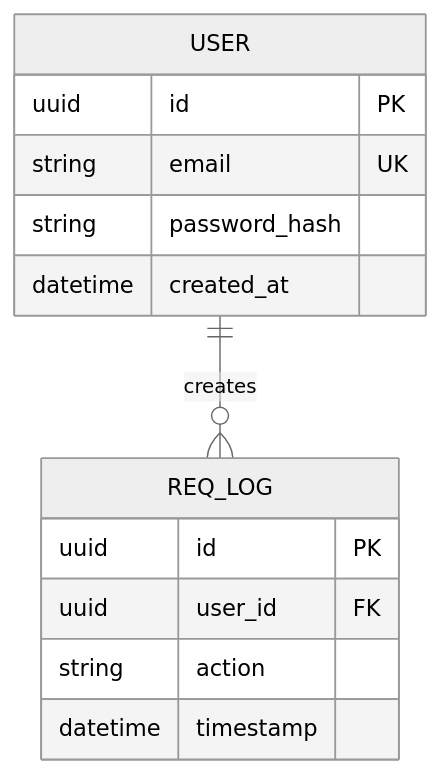
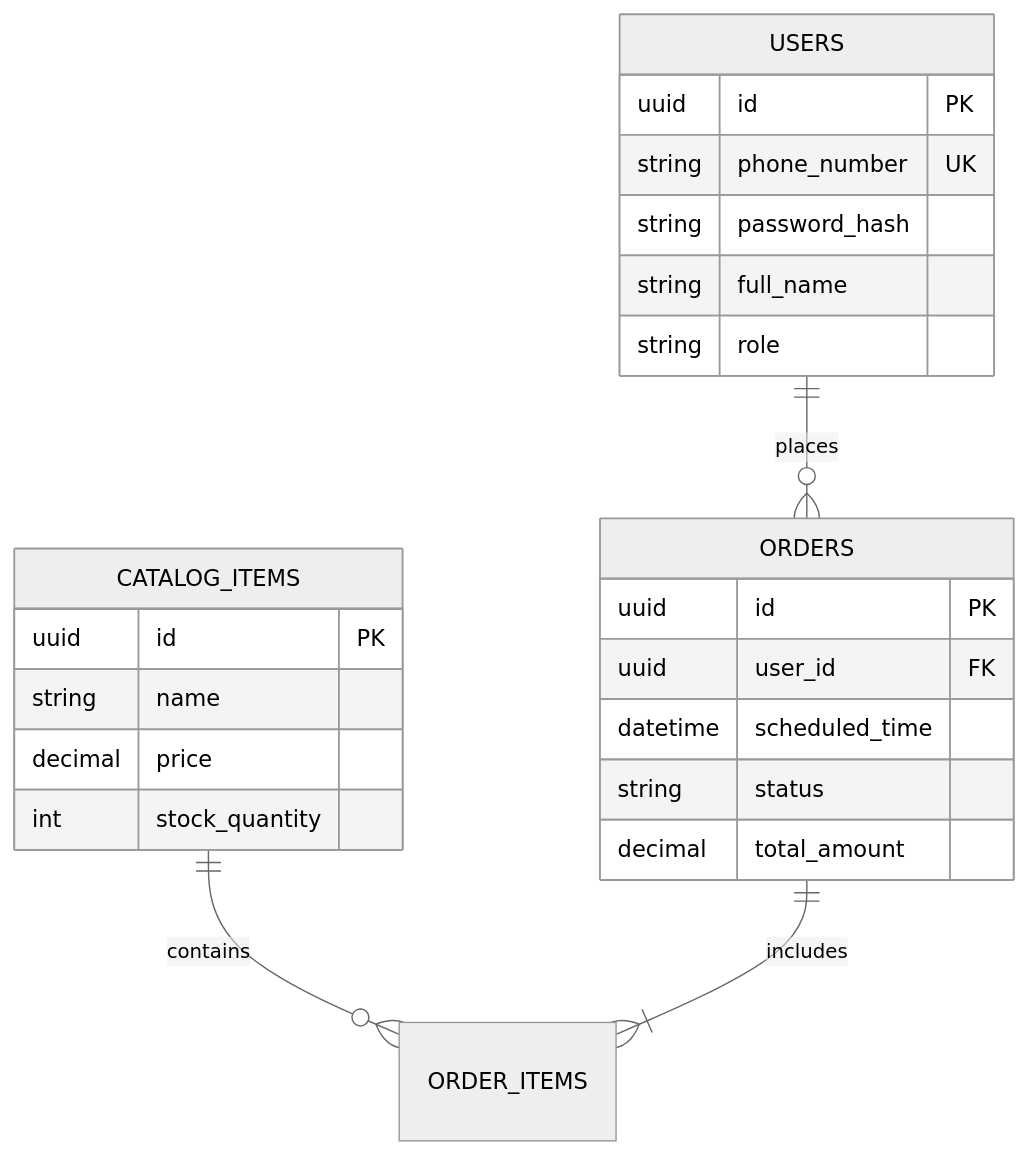
The diagram in workspaces/artifacts/02_architecture/erd.mermaid (phongvu2010/Multi-Agents-Dev), drawn with Mermaid (neutral theme) before and after one commit. The commit also changed 58 other files, not shown here.

```diff
--- a/workspaces/artifacts/02_architecture/erd.mermaid
+++ b/workspaces/artifacts/02_architecture/erd.mermaid
@@ -1,14 +1,24 @@
 erDiagram
-    USER ||--o{ REQ_LOG : creates
-    USER {
+    USERS ||--o{ ORDERS : places
+    USERS {
         uuid id PK
-        string email UK
+        string phone_number UK
         string password_hash
-        datetime created_at
+        string full_name
+        string role
     }
-    REQ_LOG {
+    CATALOG_ITEMS ||--o{ ORDER_ITEMS : contains
+    CATALOG_ITEMS {
+        uuid id PK
+        string name
+        decimal price
+        int stock_quantity
+    }
+    ORDERS ||--|{ ORDER_ITEMS : includes
+    ORDERS {
         uuid id PK
         uuid user_id FK
-        string action
-        datetime timestamp
+        datetime scheduled_time
+        string status
+        decimal total_amount
     }
```
